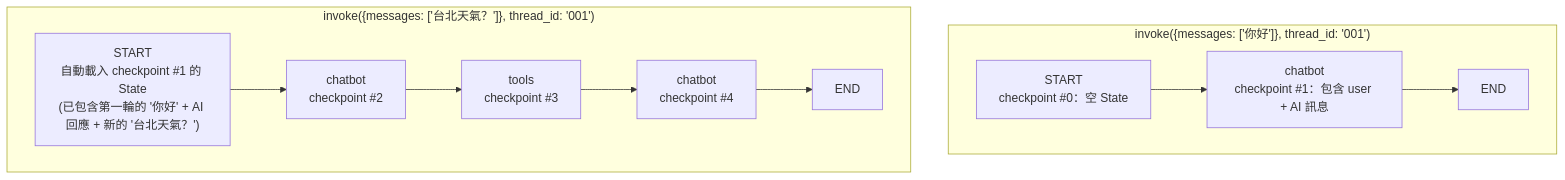
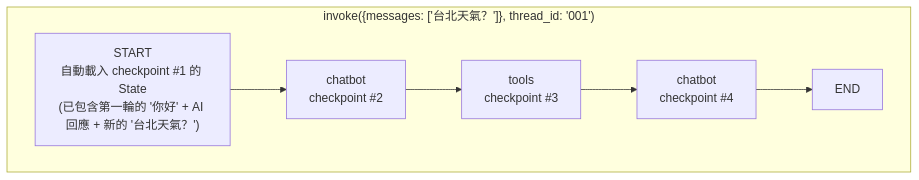
One commit to millerlai/study-langgraph changed the eighth of 12 diagrams in src/phase01/1.3-first-graph-quickstart.md. Above: the diagram before and after it, drawn with Mermaid. The commit also changed other lines of this file, not shown here.

Commit message:
Update diagram

````diff
--- a/src/phase01/1.3-first-graph-quickstart.md
+++ b/src/phase01/1.3-first-graph-quickstart.md
@@ -683,14 +690,11 @@
 ```mermaid
 graph TD
-    subgraph 第一次呼叫["invoke({messages: ['你好']}, thread_id: '001')"]
-        A1["START\ncheckpoint #0：空 State"] --> A2["chatbot\ncheckpoint #1：包含 user + AI 訊息"] --> A3["END"]
-    end
     subgraph 第二次呼叫["invoke({messages: ['台北天氣？']}, thread_id: '001')"]
         B1["START\n自動載入 checkpoint #1 的 State\n(已包含第一輪的 '你好' + AI 回應 + 新的 '台北天氣？')"]
         B2["chatbot\ncheckpoint #2"]
         B3["tools\ncheckpoint #3"]
         B4["chatbot\ncheckpoint #4"]
         B5["END"]
         B1 --> B2 --> B3 --> B4 --> B5
     end
 ```
````
